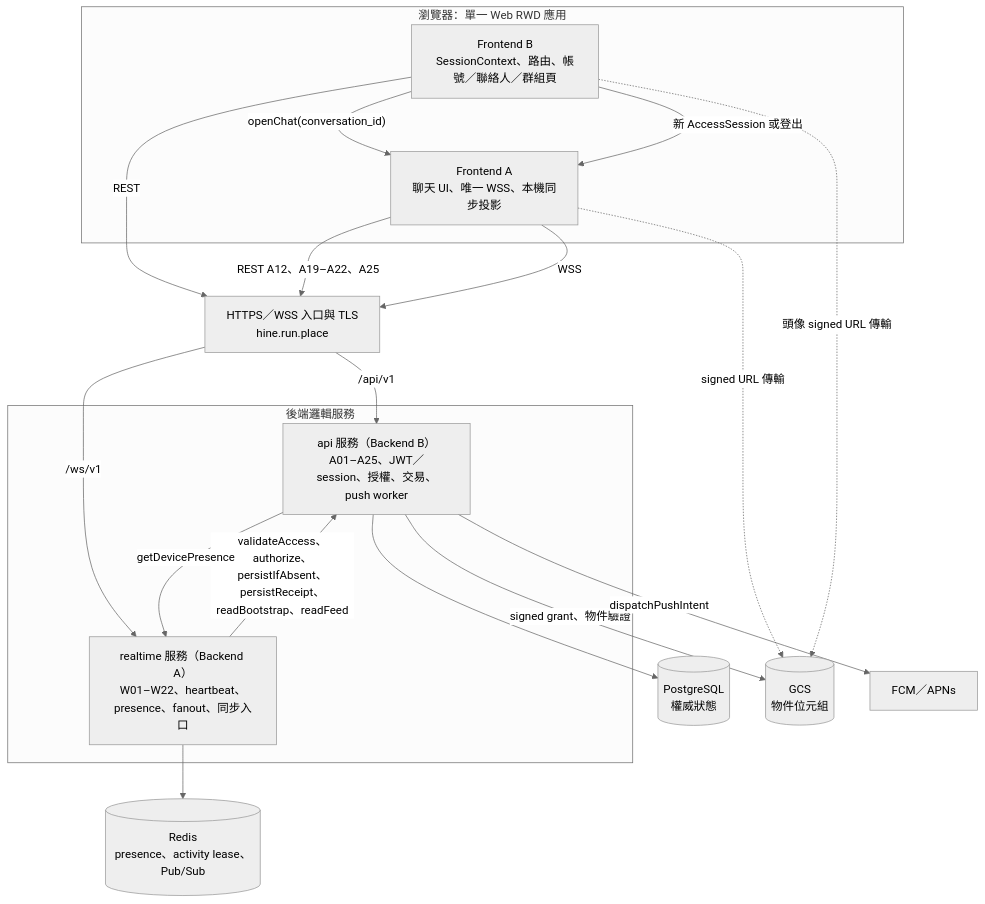
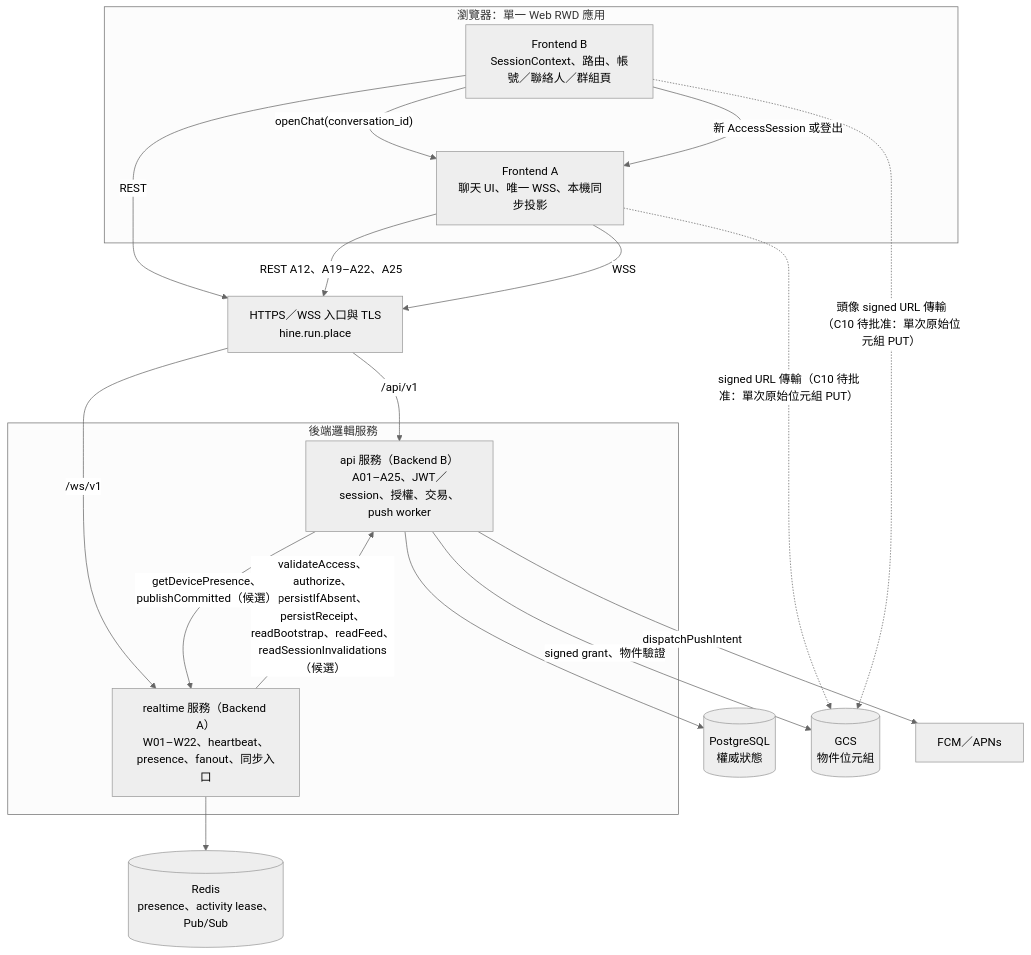
Before and after one commit to LeoCheng-space/Hine: the second of 10 diagrams in docs/architecture/README.md, drawn with Mermaid (neutral theme). The commit also changed other lines of this file and 43 other files, not shown here.

````diff
--- a/docs/architecture/README.md
+++ b/docs/architecture/README.md
@@ -46,31 +46,31 @@
 ```mermaid
 flowchart TB
   subgraph client["瀏覽器：單一 Web RWD 應用"]
     fb["Frontend B<br/>SessionContext、路由、帳號／聯絡人／群組頁"]
     fa["Frontend A<br/>聊天 UI、唯一 WSS、本機同步投影"]
     fb -->|"openChat(conversation_id)"| fa
     fb -->|"新 AccessSession 或登出"| fa
   end
   ingress["HTTPS／WSS 入口與 TLS<br/>hine.run.place"]
   subgraph backend["後端邏輯服務"]
     api["api 服務（Backend B）<br/>A01–A25、JWT／session、授權、交易、push worker"]
     rt["realtime 服務（Backend A）<br/>W01–W22、heartbeat、presence、fanout、同步入口"]
   end
   pg[("PostgreSQL<br/>權威狀態")]
   redis[("Redis<br/>presence、activity lease、Pub/Sub")]
   gcs[("GCS<br/>物件位元組")]
   push["FCM／APNs"]
   fb -->|"REST"| ingress
   fa -->|"REST A12、A19–A22、A25"| ingress
   fa -->|"WSS"| ingress
   ingress -->|"/api/v1"| api
   ingress -->|"/ws/v1"| rt
-  rt -->|"validateAccess、authorize、persistIfAbsent、persistReceipt、readBootstrap、readFeed"| api
-  api -->|"getDevicePresence"| rt
+  rt -->|"validateAccess、authorize、persistIfAbsent、persistReceipt、readBootstrap、readFeed、readSessionInvalidations（候選）"| api
+  api -->|"getDevicePresence、publishCommitted（候選）"| rt
   api --> pg
   rt --> redis
   api -->|"signed grant、物件驗證"| gcs
-  fa -.->|"signed URL 傳輸"| gcs
-  fb -.->|"頭像 signed URL 傳輸"| gcs
+  fa -.->|"signed URL 傳輸（C10 待批准：單次原始位元組 PUT）"| gcs
+  fb -.->|"頭像 signed URL 傳輸（C10 待批准：單次原始位元組 PUT）"| gcs
   api -->|"dispatchPushIntent"| push
 ```
````
